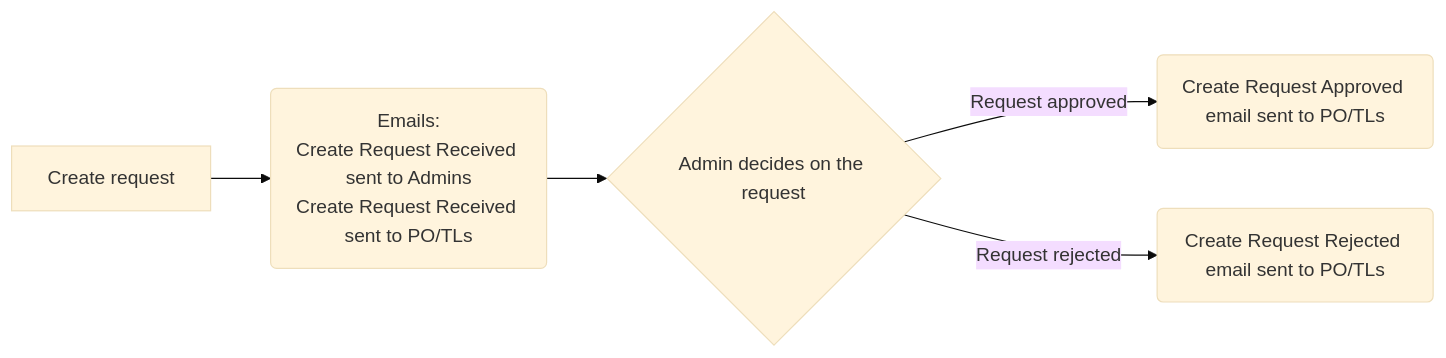
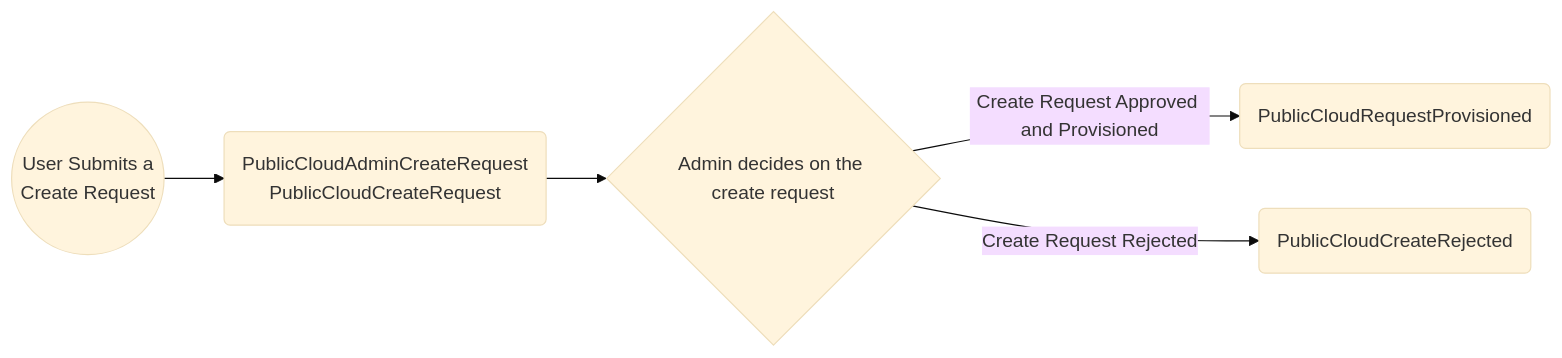
Before and after one commit to bcgov/platform-services-registry: the first of 3 diagrams in docs/email-scenarios-public-cloud.md, drawn with Mermaid (base theme). The commit also changed other lines of this file and 1 other file, not shown here.

Commit message:
chore: reformat email scenarios

````diff
--- a/docs/email-scenarios-public-cloud.md
+++ b/docs/email-scenarios-public-cloud.md
@@ -26,7 +33,7 @@
 ```mermaid
 flowchart LR
-    A[Create request] --> B(Emails:<br>Create Request Received sent to Admins<br>Create Request Received sent to PO/TLs)
-    B --> C{Admin decides on the request}
-    C -->|Request approved| D(Create Request Approved email sent to PO/TLs)
-    C -->|Request rejected| E(Create Request Rejected email sent to PO/TLs)
+    A((User Submits a <br> Create Request)) --> B(PublicCloudAdminCreateRequest<br>PublicCloudCreateRequest)
+    B --> C{Admin decides on the create request}
+    C -->|Create Request Approved and Provisioned| D(PublicCloudRequestProvisioned)
+    C -->|Create Request Rejected| E(PublicCloudCreateRejected)
 ```
````
